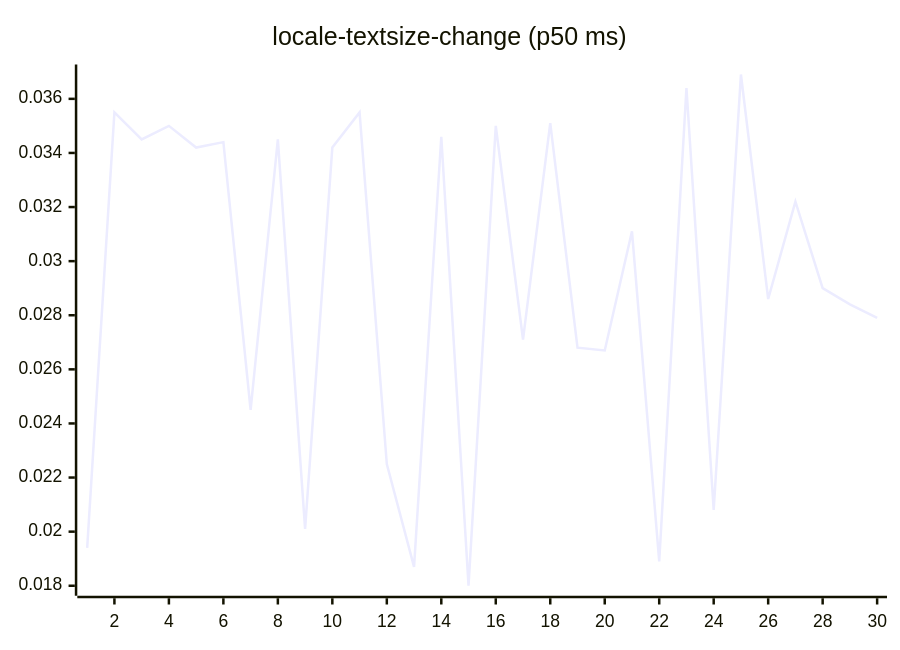
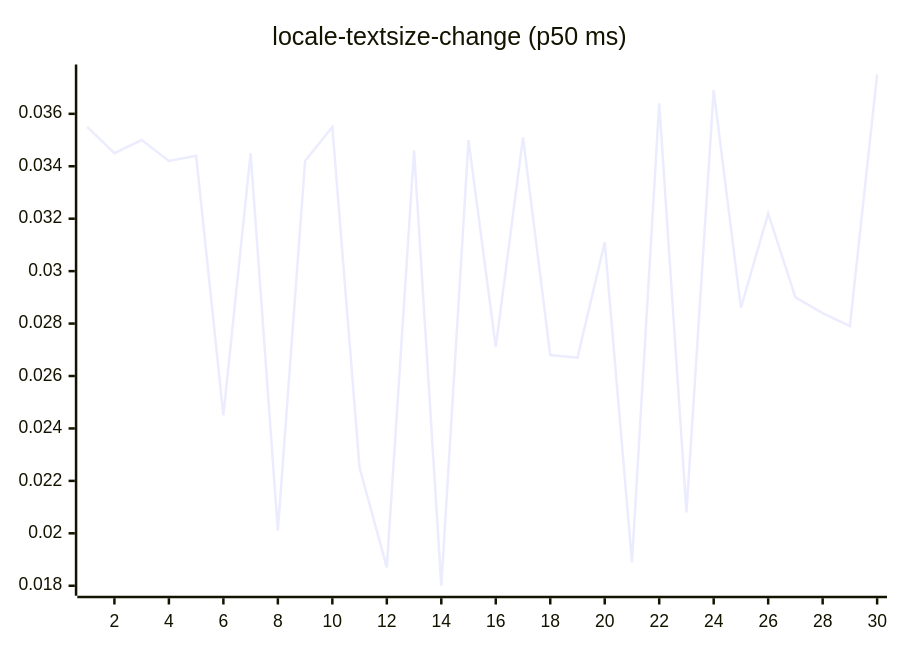
One commit to josha/Facet changed diagram 13 of 27 in README.md. Above: the diagram before and after it, drawn with Mermaid. The commit also changed other lines of this file and 2 other files, not shown here.

````diff
--- a/README.md
+++ b/README.md
@@ -147,6 +147,6 @@
 ```mermaid
 xychart-beta
     title "locale-textsize-change (p50 ms)"
     x-axis 1 --> 30
-    line [0.0194, 0.0355, 0.0345, 0.0350, 0.0342, 0.0344, 0.0245, 0.0345, 0.0201, 0.0342, 0.0355, 0.0225, 0.0187, 0.0346, 0.0180, 0.0350, 0.0271, 0.0351, 0.0268, 0.0267, 0.0311, 0.0189, 0.0364, 0.0208, 0.0369, 0.0286, 0.0322, 0.0290, 0.0284, 0.0279]
+    line [0.0355, 0.0345, 0.0350, 0.0342, 0.0344, 0.0245, 0.0345, 0.0201, 0.0342, 0.0355, 0.0225, 0.0187, 0.0346, 0.0180, 0.0350, 0.0271, 0.0351, 0.0268, 0.0267, 0.0311, 0.0189, 0.0364, 0.0208, 0.0369, 0.0286, 0.0322, 0.0290, 0.0284, 0.0279, 0.0375]
 ```
````
